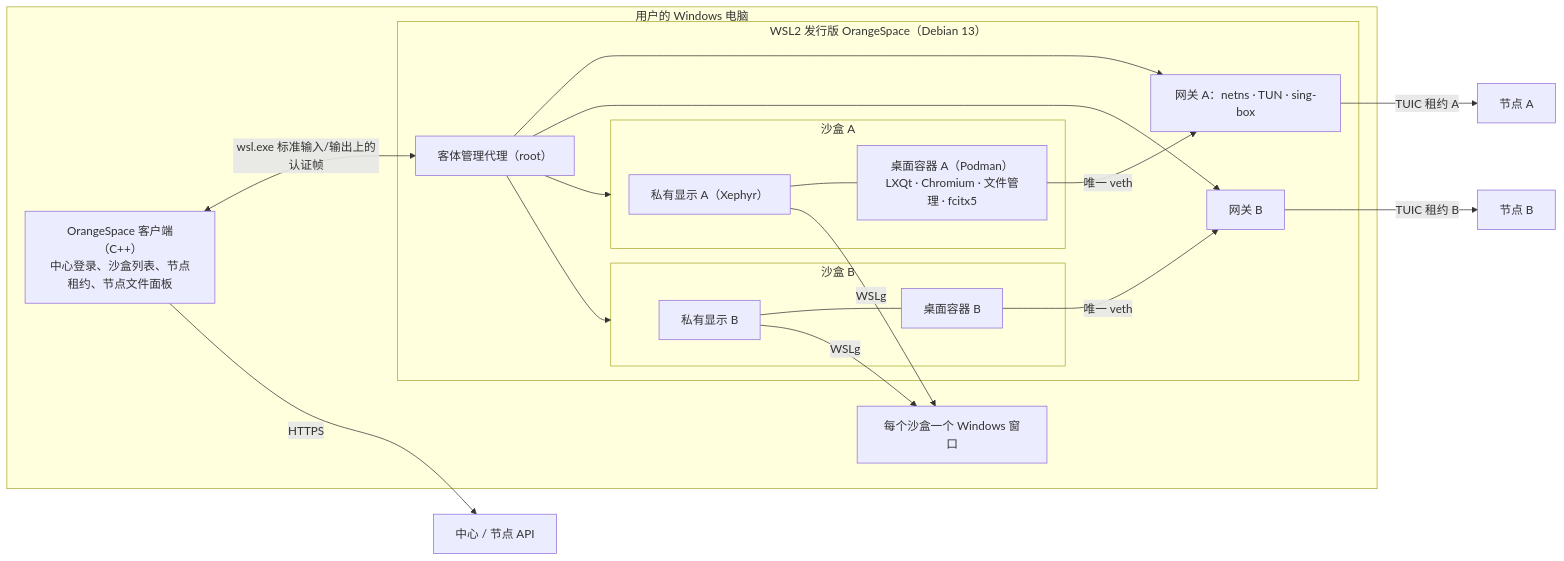
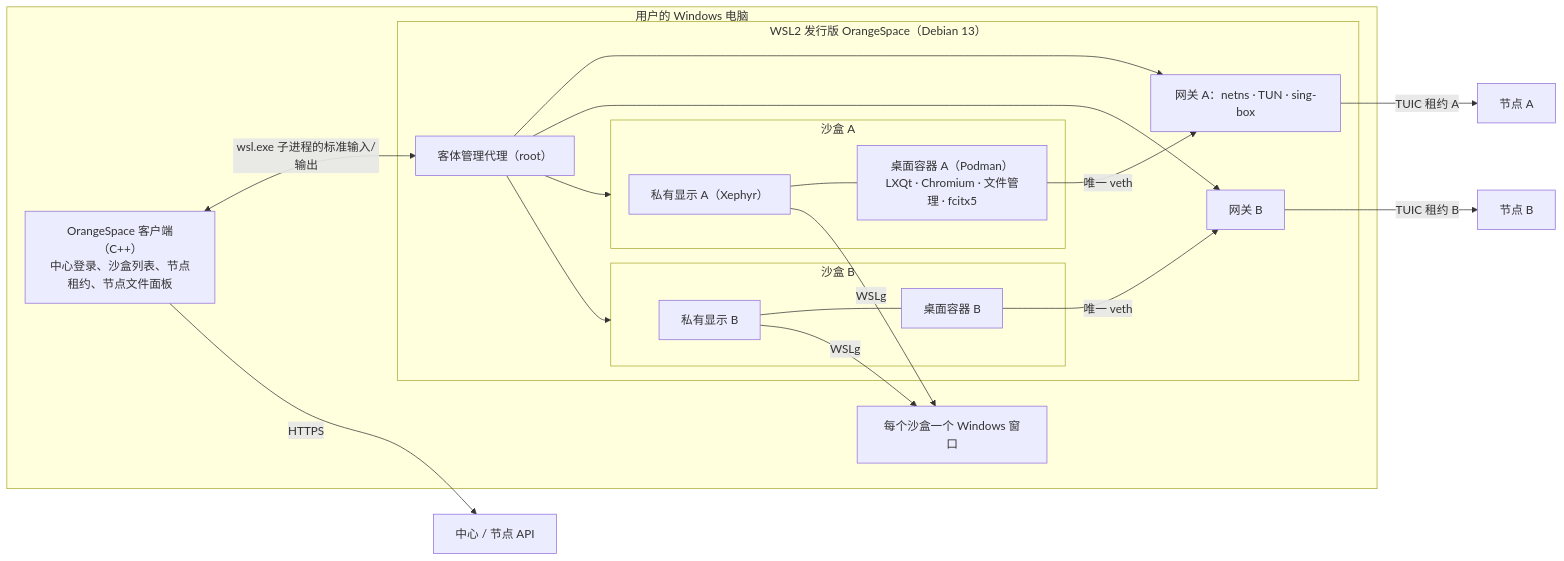
The diagram in docs/architecture.md (SunHarvey/orangespace), drawn with Mermaid before and after one commit. The commit also changed other lines of this file and 13 other files, not shown here.

````diff
--- a/docs/architecture.md
+++ b/docs/architecture.md
@@ -11,25 +11,25 @@
 ```mermaid
 flowchart LR
   subgraph W["用户的 Windows 电脑"]
     C["OrangeSpace 客户端（C++）<br/>中心登录、沙盒列表、节点租约、节点文件面板"]
     subgraph V["WSL2 发行版 OrangeSpace（Debian 13）"]
       AG["客体管理代理（root）"]
       subgraph SA["沙盒 A"]
         XA["私有显示 A（Xephyr）"] --- DA["桌面容器 A（Podman）<br/>LXQt · Chromium · 文件管理 · fcitx5"]
       end
       subgraph SB["沙盒 B"]
         XB["私有显示 B"] --- DB["桌面容器 B"]
       end
       GA["网关 A：netns · TUN · sing-box"]
       GB["网关 B"]
       DA -->|唯一 veth| GA
       DB -->|唯一 veth| GB
       AG --> SA & SB & GA & GB
     end
-    C <-->|wsl.exe 标准输入/输出上的认证帧| AG
+    C <-->|wsl.exe 子进程的标准输入/输出| AG
     XA & XB -->|WSLg| WIN["每个沙盒一个 Windows 窗口"]
   end
   GA -->|TUIC 租约 A| NA["节点 A"]
   GB -->|TUIC 租约 B| NB["节点 B"]
   C -->|HTTPS| CE["中心 / 节点 API"]
 ```
````
